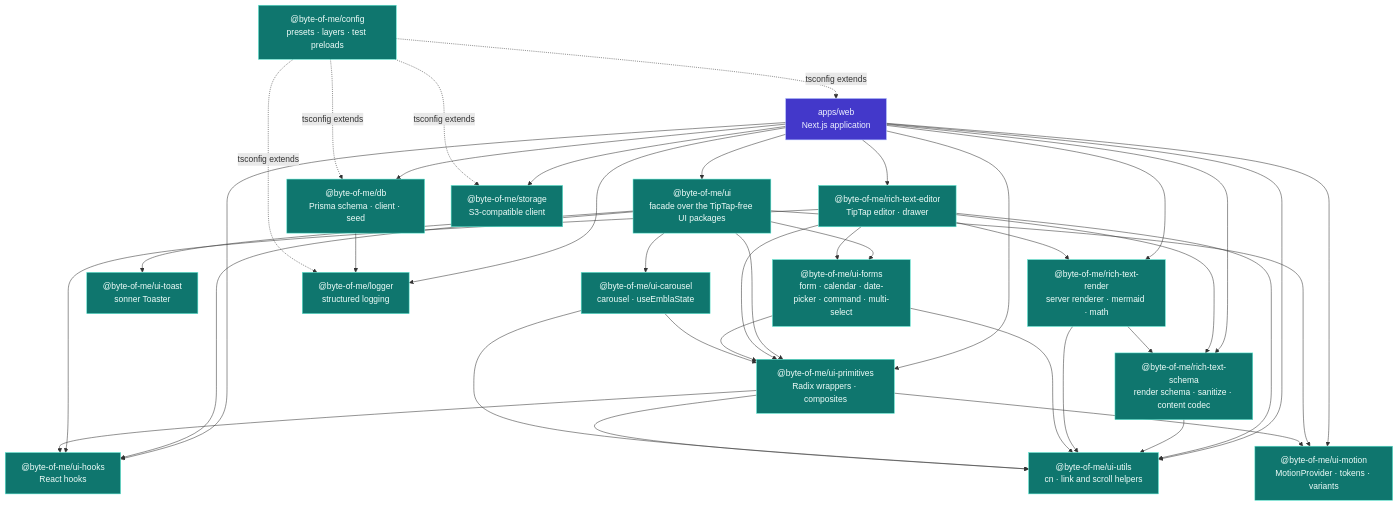
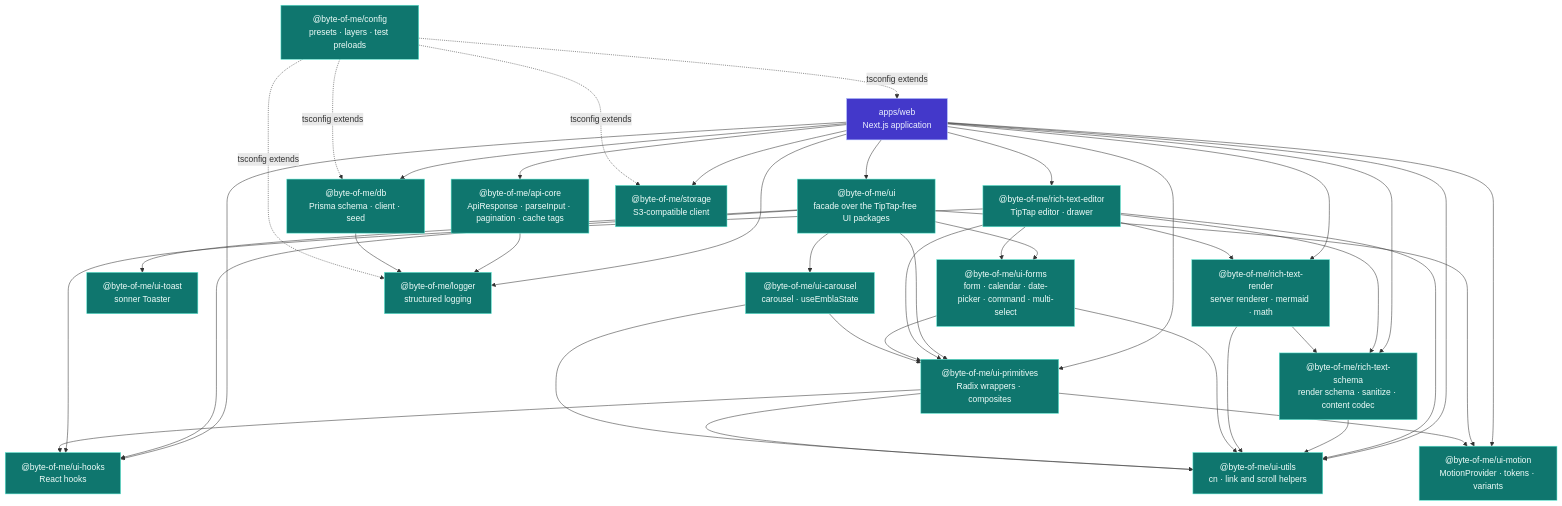
One commit to lthphuw/byte-of-me changed the second of 9 diagrams in docs/architecture.md. Above: the diagram before and after it, drawn with Mermaid. The commit also changed other lines of this file and 207 other files, not shown here.

````diff
--- a/docs/architecture.md
+++ b/docs/architecture.md
@@ -99,66 +99,69 @@
 ```mermaid
 flowchart TB
     WEB["apps/web<br/>Next.js application"]
 
     UI["@byte-of-me/ui<br/>facade over the TipTap-free UI packages"]
     EDITOR["@byte-of-me/rich-text-editor<br/>TipTap editor · drawer"]
     SCHEMA["@byte-of-me/rich-text-schema<br/>render schema · sanitize · content codec"]
     RENDER["@byte-of-me/rich-text-render<br/>server renderer · mermaid · math"]
     UTILS["@byte-of-me/ui-utils<br/>cn · link and scroll helpers"]
     HOOKS["@byte-of-me/ui-hooks<br/>React hooks"]
     MOTION["@byte-of-me/ui-motion<br/>MotionProvider · tokens · variants"]
     PRIMS["@byte-of-me/ui-primitives<br/>Radix wrappers · composites"]
     TOAST["@byte-of-me/ui-toast<br/>sonner Toaster"]
     FORMS["@byte-of-me/ui-forms<br/>form · calendar · date-picker · command · multi-select"]
     CAROUSEL["@byte-of-me/ui-carousel<br/>carousel · useEmblaState"]
+    API["@byte-of-me/api-core<br/>ApiResponse · parseInput · pagination · cache tags"]
     DB["@byte-of-me/db<br/>Prisma schema · client · seed"]
     ST["@byte-of-me/storage<br/>S3-compatible client"]
     LOG["@byte-of-me/logger<br/>structured logging"]
     CFG["@byte-of-me/config<br/>presets · layers · test preloads"]
 
     WEB --> UI
     WEB --> EDITOR
     WEB --> SCHEMA
     WEB --> RENDER
     WEB --> UTILS
     WEB --> HOOKS
     WEB --> MOTION
     WEB --> PRIMS
+    WEB --> API
     WEB --> DB
     WEB --> ST
     WEB --> LOG
     UI --> HOOKS
     UI --> MOTION
     UI --> PRIMS
     UI --> TOAST
     UI --> FORMS
     UI --> CAROUSEL
     EDITOR --> SCHEMA
     EDITOR --> RENDER
     EDITOR --> UTILS
     EDITOR --> HOOKS
     EDITOR --> PRIMS
     EDITOR --> FORMS
     SCHEMA --> UTILS
     RENDER --> SCHEMA
     RENDER --> UTILS
     FORMS --> PRIMS
     FORMS --> UTILS
     CAROUSEL --> PRIMS
     CAROUSEL --> UTILS
     PRIMS --> UTILS
     PRIMS --> HOOKS
     PRIMS --> MOTION
+    API --> LOG
     DB --> LOG
 
     CFG -.->|"tsconfig extends"| WEB
     CFG -.->|"tsconfig extends"| DB
     CFG -.->|"tsconfig extends"| ST
     CFG -.->|"tsconfig extends"| LOG
 
     classDef app fill:#4338ca,stroke:#a5b4fc,color:#eef2ff
     classDef pkg fill:#0f766e,stroke:#5eead4,color:#f0fdfa
 
     class WEB app
-    class UI,EDITOR,SCHEMA,RENDER,UTILS,HOOKS,MOTION,PRIMS,TOAST,FORMS,CAROUSEL,DB,ST,LOG,CFG pkg
+    class UI,EDITOR,SCHEMA,RENDER,UTILS,HOOKS,MOTION,PRIMS,TOAST,FORMS,CAROUSEL,API,DB,ST,LOG,CFG pkg
 ```
````
